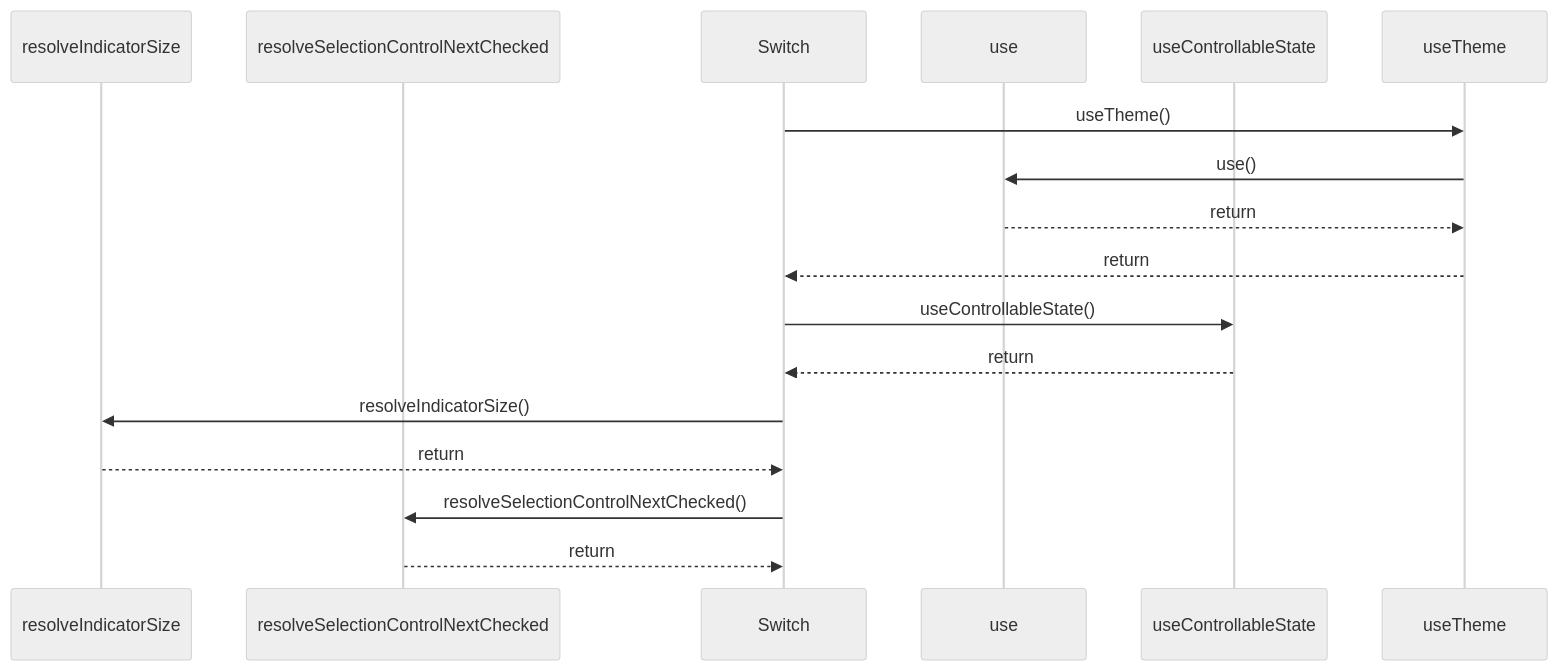
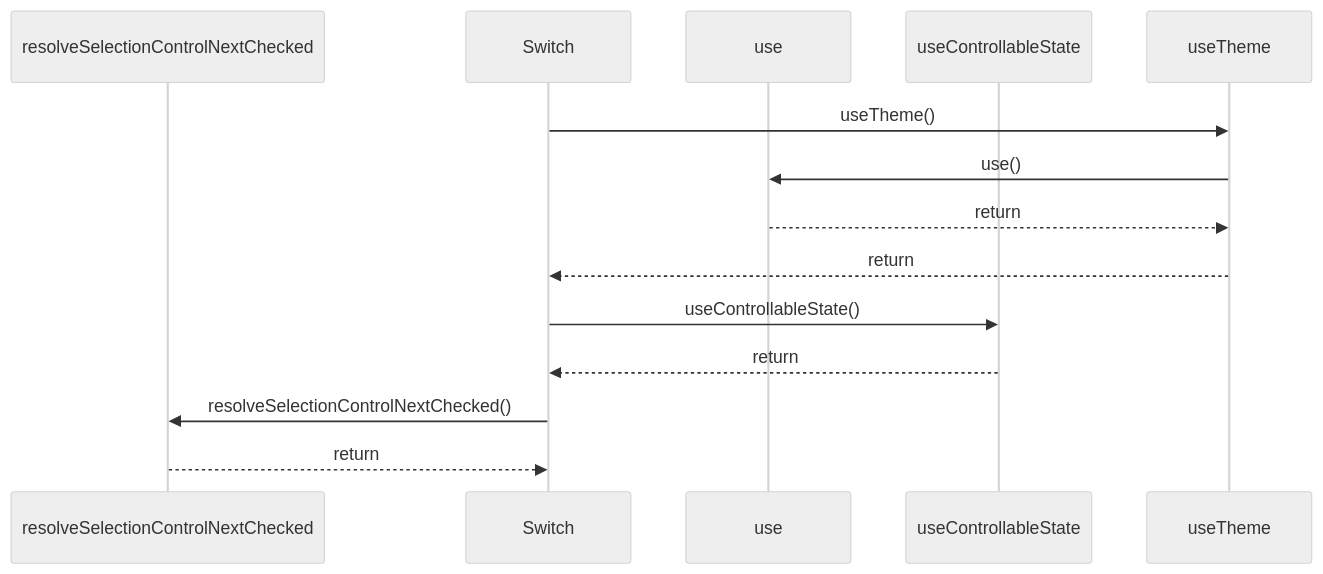
One commit to ankhorage/surface changed the diagram in paradox/diagrams/sequences/switch.mmd. Above: the diagram before and after it, drawn with Mermaid (neutral theme). The commit also changed 33 other files, not shown here.

```diff
--- a/paradox/diagrams/sequences/switch.mmd
+++ b/paradox/diagrams/sequences/switch.mmd
@@ -1,17 +1,14 @@
 sequenceDiagram
-  participant participant_resolveIndicatorSize as resolveIndicatorSize
   participant participant_resolveSelectionControlNextChecked as resolveSelectionControlNextChecked
   participant participant_Switch as Switch
   participant participant_use as use
   participant participant_useControllableState as useControllableState
   participant participant_useTheme as useTheme
   participant_Switch->>participant_useTheme: useTheme()
   participant_useTheme->>participant_use: use()
   participant_use-->>participant_useTheme: return
   participant_useTheme-->>participant_Switch: return
   participant_Switch->>participant_useControllableState: useControllableState()
   participant_useControllableState-->>participant_Switch: return
-  participant_Switch->>participant_resolveIndicatorSize: resolveIndicatorSize()
-  participant_resolveIndicatorSize-->>participant_Switch: return
   participant_Switch->>participant_resolveSelectionControlNextChecked: resolveSelectionControlNextChecked()
   participant_resolveSelectionControlNextChecked-->>participant_Switch: return
```
